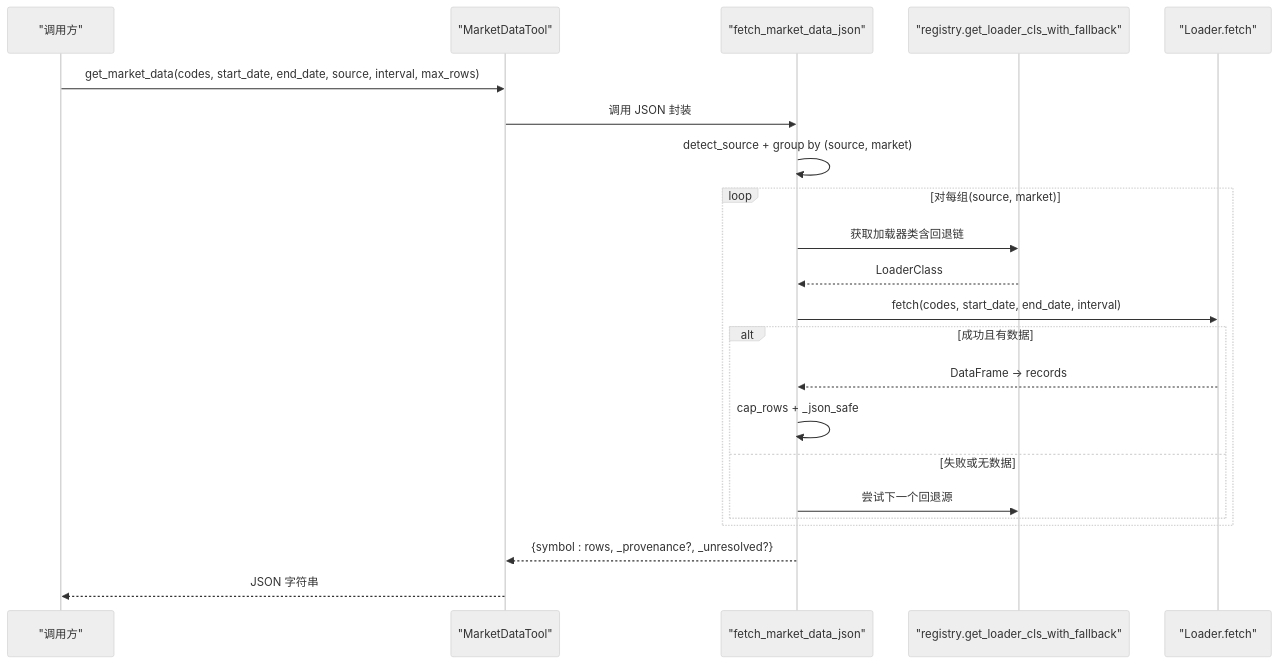
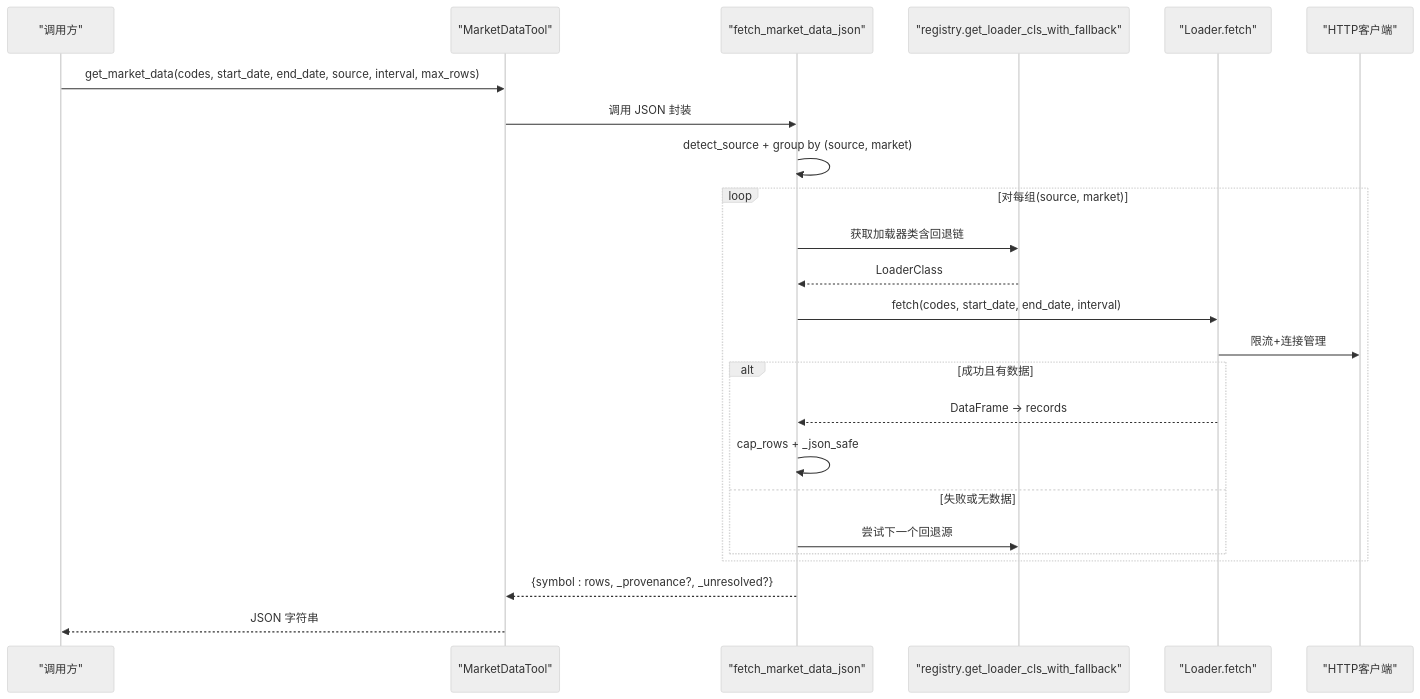
The second of 8 diagrams in .qoder/repowiki/zh/content/AI代理系统/工具系统/内置工具库/市场数据工具.md (20012002er/Vibe-Trading), drawn with Mermaid (neutral theme) before and after one commit. The commit also changed other lines of this file and 5 other files, not shown here.

````diff
--- a/.qoder/repowiki/zh/content/AI代理系统/工具系统/内置工具库/市场数据工具.md
+++ b/.qoder/repowiki/zh/content/AI代理系统/工具系统/内置工具库/市场数据工具.md
@@ -109,24 +132,26 @@
 ```mermaid
 sequenceDiagram
 participant U as "调用方"
 participant T as "MarketDataTool"
 participant H as "fetch_market_data_json"
 participant R as "registry.get_loader_cls_with_fallback"
 participant L as "Loader.fetch"
+participant HTTP as "HTTP客户端"
 U->>T : get_market_data(codes, start_date, end_date, source, interval, max_rows)
 T->>H : 调用 JSON 封装
 H->>H : detect_source + group by (source, market)
 loop 对每组(source, market)
 H->>R : 获取加载器类含回退链
 R-->>H : LoaderClass
 H->>L : fetch(codes, start_date, end_date, interval)
+L->>HTTP : 限流+连接管理
 alt 成功且有数据
 L-->>H : DataFrame -> records
 H->>H : cap_rows + _json_safe
 else 失败或无数据
 H->>R : 尝试下一个回退源
 end
 end
 H-->>T : {symbol : rows, _provenance?, _unresolved?}
 T-->>U : JSON 字符串
 ```
````
